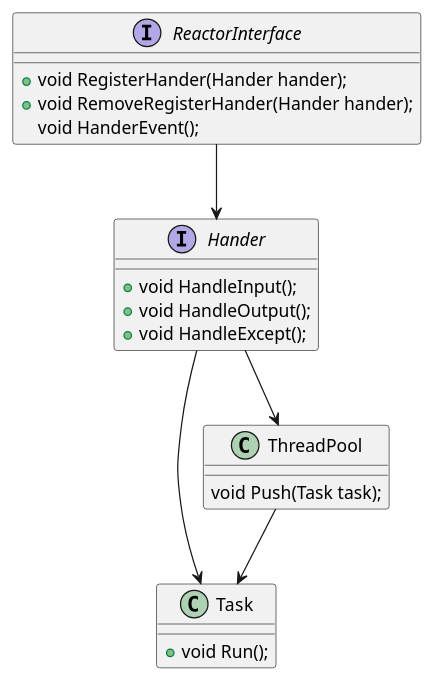
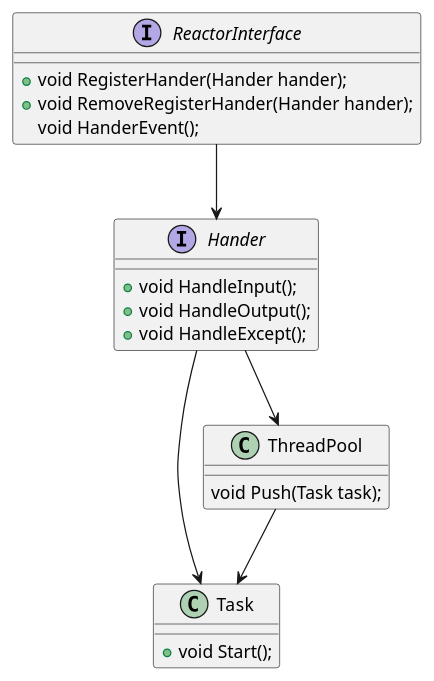
The diagram in uml/reactor/readme.md (ZeroOf/cpp_practice), drawn with PlantUML before and after one commit. The commit also changed 38 other files, not shown here.

````diff
--- a/uml/reactor/readme.md
+++ b/uml/reactor/readme.md
@@ -3,31 +3,31 @@
 ```puml
 @startuml
 interface ReactorInterface {
     +void RegisterHander(Hander hander);
     +void RemoveRegisterHander(Hander hander);
     void HanderEvent();
 }
 
 interface Hander {
     + void HandleInput();
     + void HandleOutput();
     + void HandleExcept();
 }
 
 ReactorInterface --> Hander
 
 class Task {
-    +void Run();
+    +void Start();
 }
 
 class ThreadPool {
     void Push(Task task);
 }
 
 ThreadPool --> Task
 
 Hander --> ThreadPool
 Hander --> Task
 
 @enduml
 ```
````
